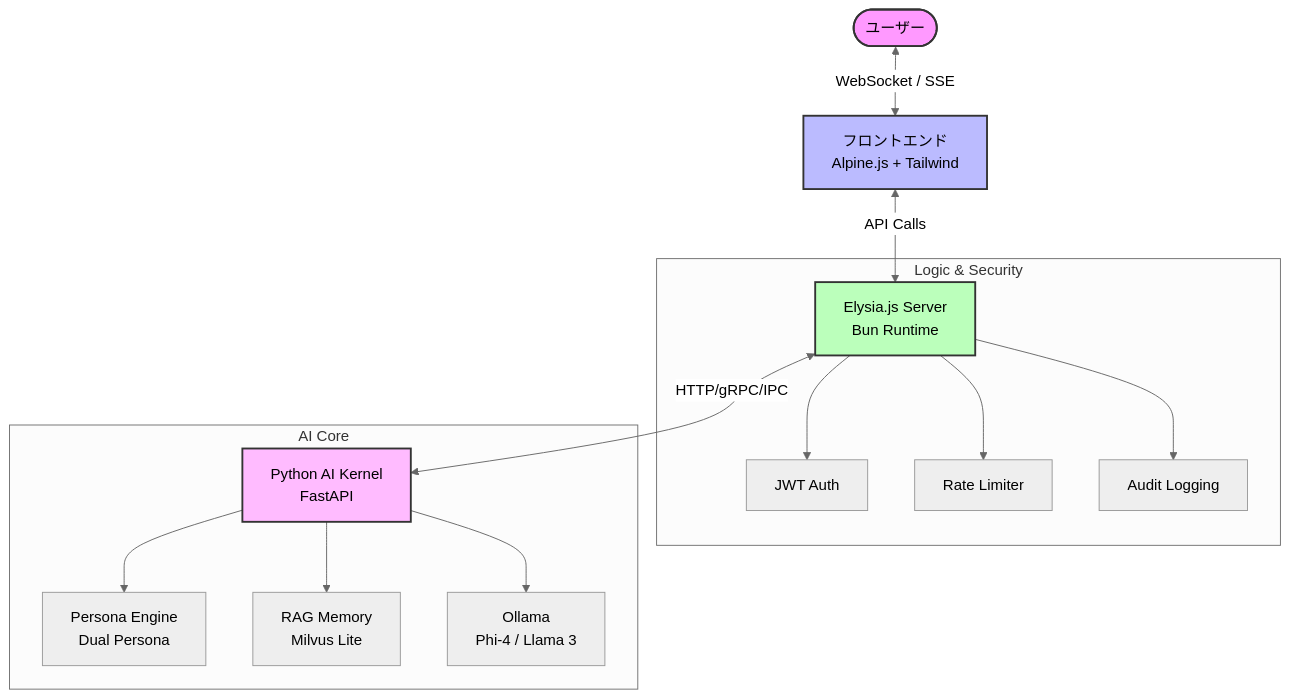
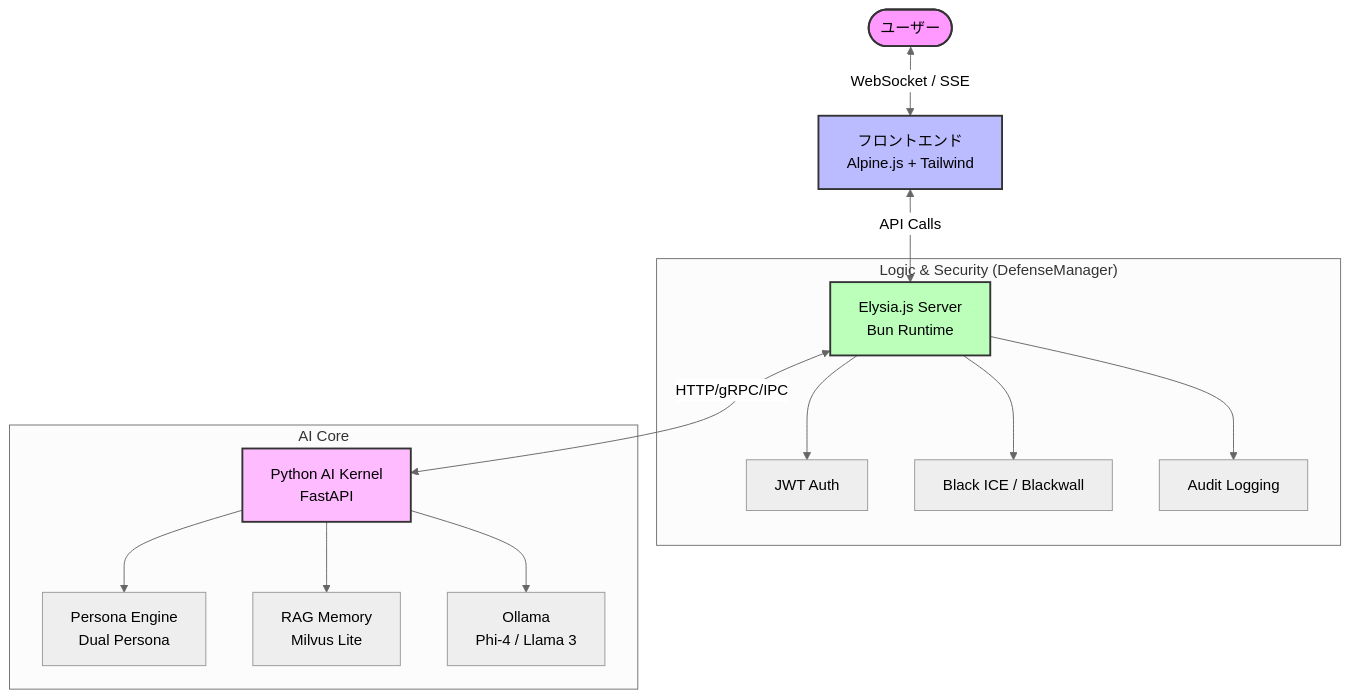
The diagram in README.md (Elysia20220909/ElysiaAI), drawn with Mermaid (neutral theme) before and after one commit. The commit also changed other lines of this file, not shown here.

First line of the commit message:
docs: README.md のさらなる詳細化と防衛レイヤーの明文化 / Further detailing of README.md and formalization of defense layers

````diff
--- a/README.md
+++ b/README.md
@@ -152,24 +69,24 @@
 ```mermaid
 graph TD
     User([ユーザー]) <--> |WebSocket / SSE| Frontend[フロントエンド <br/> Alpine.js + Tailwind]
     Frontend <--> |API Calls| Elysia[Elysia.js Server <br/> Bun Runtime]
     
-    subgraph "Logic & Security"
+    subgraph "Logic & Security (DefenseManager)"
         Elysia --> Auth[JWT Auth]
-        Elysia --> Guard[Rate Limiter]
+        Elysia --> Guard[Black ICE / Blackwall]
         Elysia --> Audit[Audit Logging]
     end
     
     Elysia <--> |HTTP/gRPC/IPC| Kernel[Python AI Kernel <br/> FastAPI]
     
     subgraph "AI Core"
         Kernel --> Persona[Persona Engine <br/> Dual Persona]
         Kernel --> RAG[RAG Memory <br/> Milvus Lite]
         Kernel --> LLM[Ollama <br/> Phi-4 / Llama 3]
     end
 
     style User fill:#f9f,stroke:#333,stroke-width:2px
     style Frontend fill:#bbf,stroke:#333,stroke-width:2px
     style Elysia fill:#bfb,stroke:#333,stroke-width:2px
     style Kernel fill:#fbf,stroke:#333,stroke-width:2px
 ```
````
